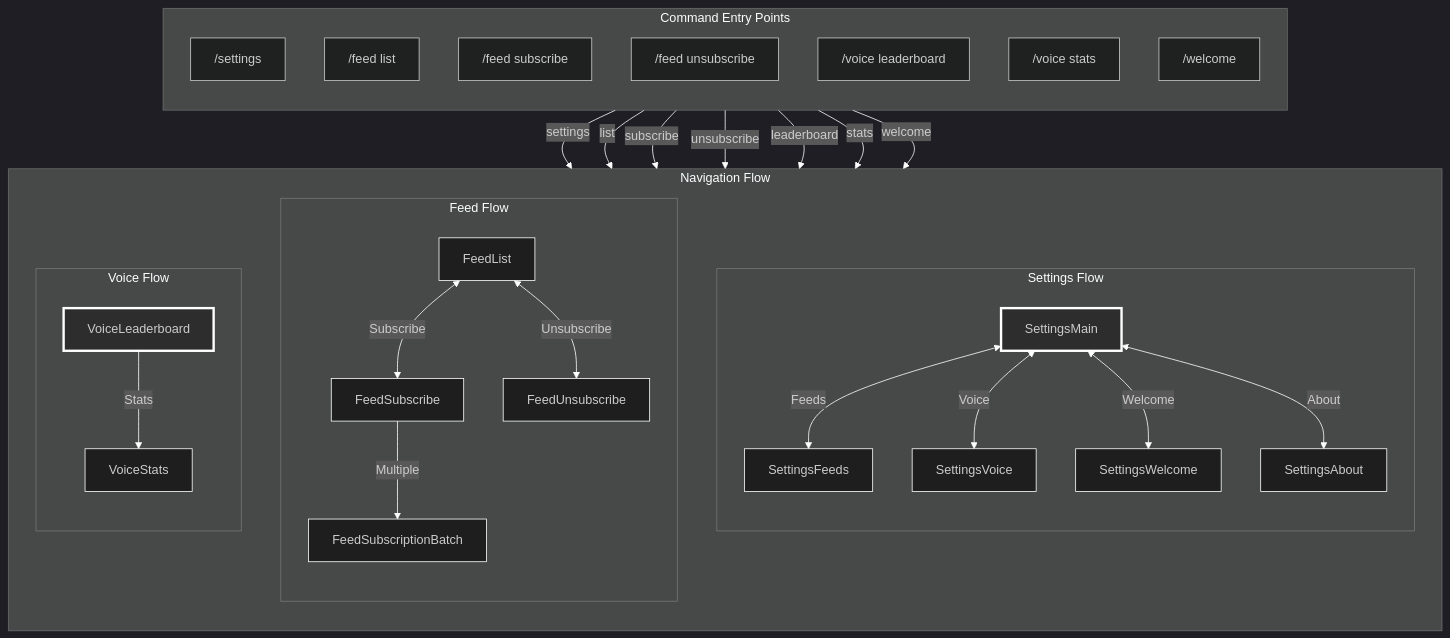
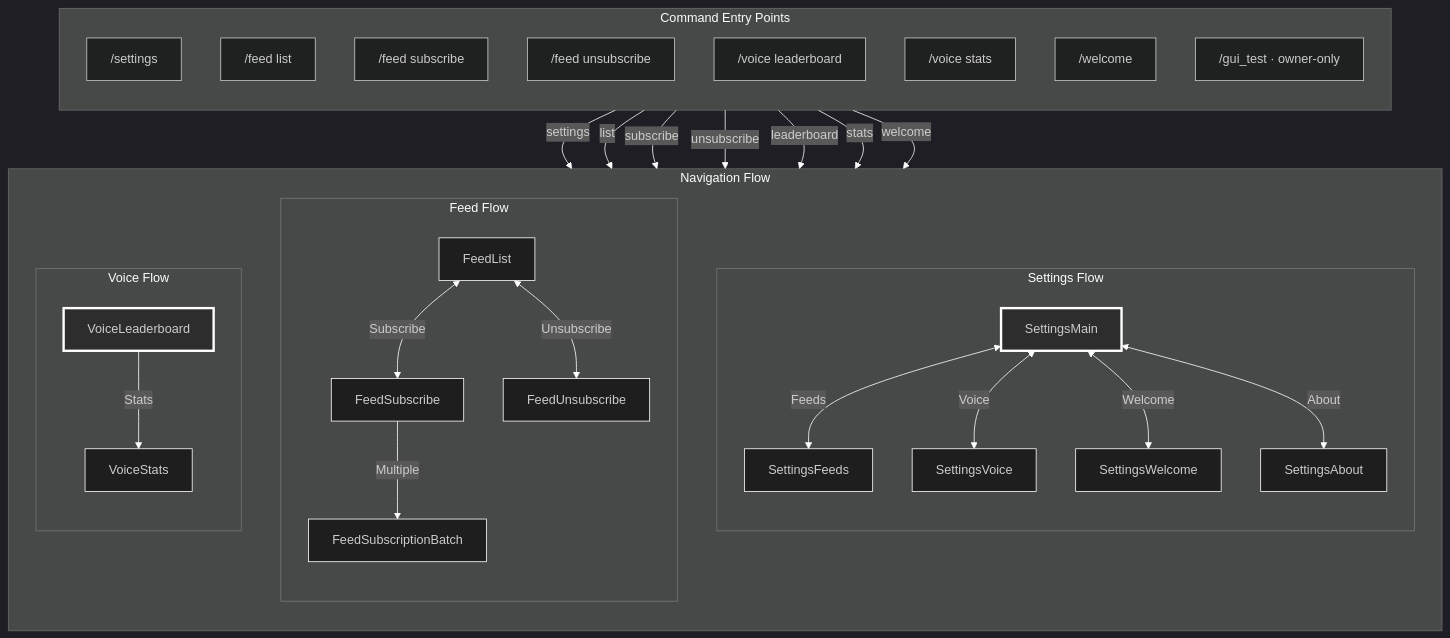
The diagram in docs/diagrams/view-routes.mmd (FAZuH/pwr-bot), drawn with Mermaid before and after one commit. The commit also changed 4 other files, not shown here.

```diff
--- a/docs/diagrams/view-routes.mmd
+++ b/docs/diagrams/view-routes.mmd
@@ -1,83 +1,84 @@
 %%{init: {
   'theme': 'dark',
   'themeVariables': {
     'primaryColor': '#1e1e1e',
     'primaryTextColor': '#ffffff',
     'primaryBorderColor': '#ffffff',
     'lineColor': '#ffffff',
     'secondaryColor': '#2d2d2d',
     'tertiaryColor': '#1e1e1e',
     'noteBkgColor': '#2d2d2d',
     'noteTextColor': '#ffffff',
     'noteBorderColor': '#ffffff'
   }
 }}%%
 graph TB
     subgraph Commands["Command Entry Points"]
         direction TB
         SettingsCmd["/settings"]
         FeedListCmd["/feed list"]
         FeedSubCmd["/feed subscribe"]
         FeedUnsubCmd["/feed unsubscribe"]
         VoiceLBCmd["/voice leaderboard"]
         VoiceStatsCmd["/voice stats"]
         WelcomeCmd["/welcome"]
+        GuiTestCmd["/gui_test  ·  owner-only"]
     end
     
     subgraph Navigation["Navigation Flow"]
         direction TB
         
         subgraph SettingsFlow["Settings Flow"]
             direction TB
             SettingsMain["SettingsMain"]
             SettingsFeeds["SettingsFeeds"]
             SettingsVoice["SettingsVoice"]
             SettingsWelcome["SettingsWelcome"]
             SettingsAbout["SettingsAbout"]
             
             SettingsMain <-->|Feeds| SettingsFeeds
             SettingsMain <-->|Voice| SettingsVoice
             SettingsMain <-->|Welcome| SettingsWelcome
             SettingsMain <-->|About| SettingsAbout
         end
         
         subgraph FeedFlow["Feed Flow"]
             direction TB
             FeedList["FeedList"]
             FeedSubscribe["FeedSubscribe"]
             FeedUnsubscribe["FeedUnsubscribe"]
             FeedBatch["FeedSubscriptionBatch"]
             
             FeedList <-->|Subscribe| FeedSubscribe
             FeedList <-->|Unsubscribe| FeedUnsubscribe
             FeedSubscribe -->|Multiple| FeedBatch
         end
         
         subgraph VoiceFlow["Voice Flow"]
             direction TB
             VoiceLeaderboard["VoiceLeaderboard"]
             VoiceStats["VoiceStats"]
             
             VoiceLeaderboard -->|Stats| VoiceStats
         end
     end
     
     Commands -->|settings| SettingsMain
     Commands -->|list| FeedList
     Commands -->|subscribe| FeedSubscribe
     Commands -->|unsubscribe| FeedUnsubscribe
     Commands -->|leaderboard| VoiceLeaderboard
     Commands -->|stats| VoiceStats
     Commands -->|welcome| SettingsWelcome
     
     style SettingsMain fill:#2d2d2d,stroke:#ffffff,stroke-width:3px
     style SettingsFeeds fill:#1e1e1e,stroke:#ffffff
     style SettingsVoice fill:#1e1e1e,stroke:#ffffff
     style SettingsWelcome fill:#1e1e1e,stroke:#ffffff
     style SettingsAbout fill:#1e1e1e,stroke:#ffffff
     style FeedList fill:#1e1e1e,stroke:#ffffff
     style FeedSubscribe fill:#1e1e1e,stroke:#ffffff
     style FeedUnsubscribe fill:#1e1e1e,stroke:#ffffff
     style FeedBatch fill:#1e1e1e,stroke:#ffffff
     style VoiceLeaderboard fill:#2d2d2d,stroke:#ffffff,stroke-width:3px
     style VoiceStats fill:#1e1e1e,stroke:#ffffff
```
